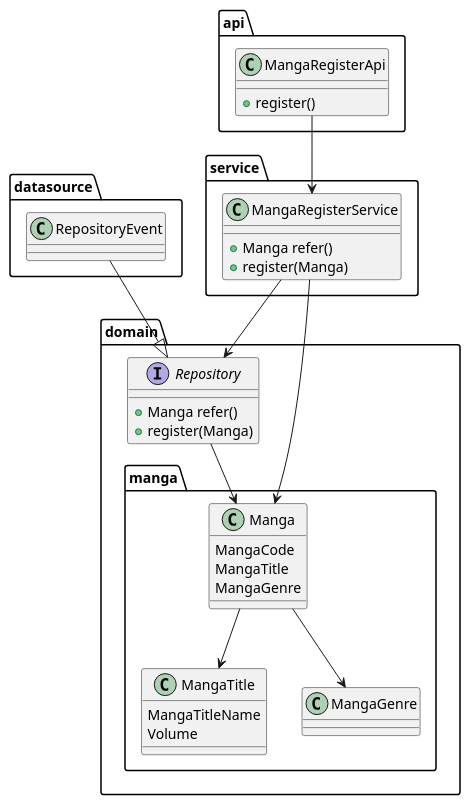
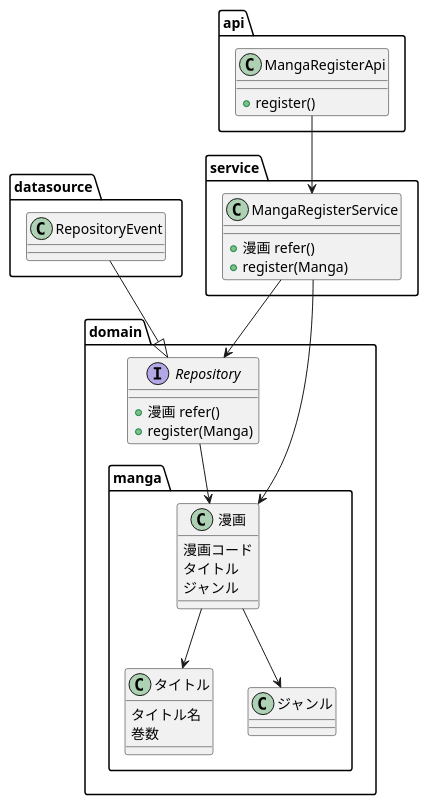
One commit to oinao709/kotlin changed the diagram in doc/model.puml. Above: the diagram before and after it, drawn with PlantUML. The commit also changed 1 other file, not shown here.

```diff
--- a/doc/model.puml
+++ b/doc/model.puml
@@ -1,51 +1,51 @@
 @startuml
 
 package api {
   class MangaRegisterApi {
     + register()
   }
 }
 
 package service {
   class MangaRegisterService {
-    + Manga refer()
+    + 漫画 refer()
     + register(Manga)
   }
 }
 
 package domain {
   interface Repository {
-    + Manga refer()
+    + 漫画 refer()
     + register(Manga)
   }
   package domain.manga {
-    class Manga {
-      MangaCode
-      MangaTitle
-      MangaGenre
+    class 漫画 {
+      漫画コード
+      タイトル
+      ジャンル
     }
-    class MangaTitle {
-      MangaTitleName
-      Volume
+    class タイトル {
+      タイトル名
+      巻数
     }
-    class MangaGenre {
+    class ジャンル {
     }
 
-    Manga --> MangaTitle
-    Manga --> MangaGenre
+    漫画 --> タイトル
+    漫画 --> ジャンル
 
-    Repository --> Manga
+    Repository --> 漫画
   }
 }
 
 package datasource {
   class RepositoryEvent {
   }
 }
 
 MangaRegisterApi --> MangaRegisterService
-MangaRegisterService --> Manga
+MangaRegisterService --> 漫画
 MangaRegisterService --> Repository
 RepositoryEvent --|> Repository
 
 @enduml
```
